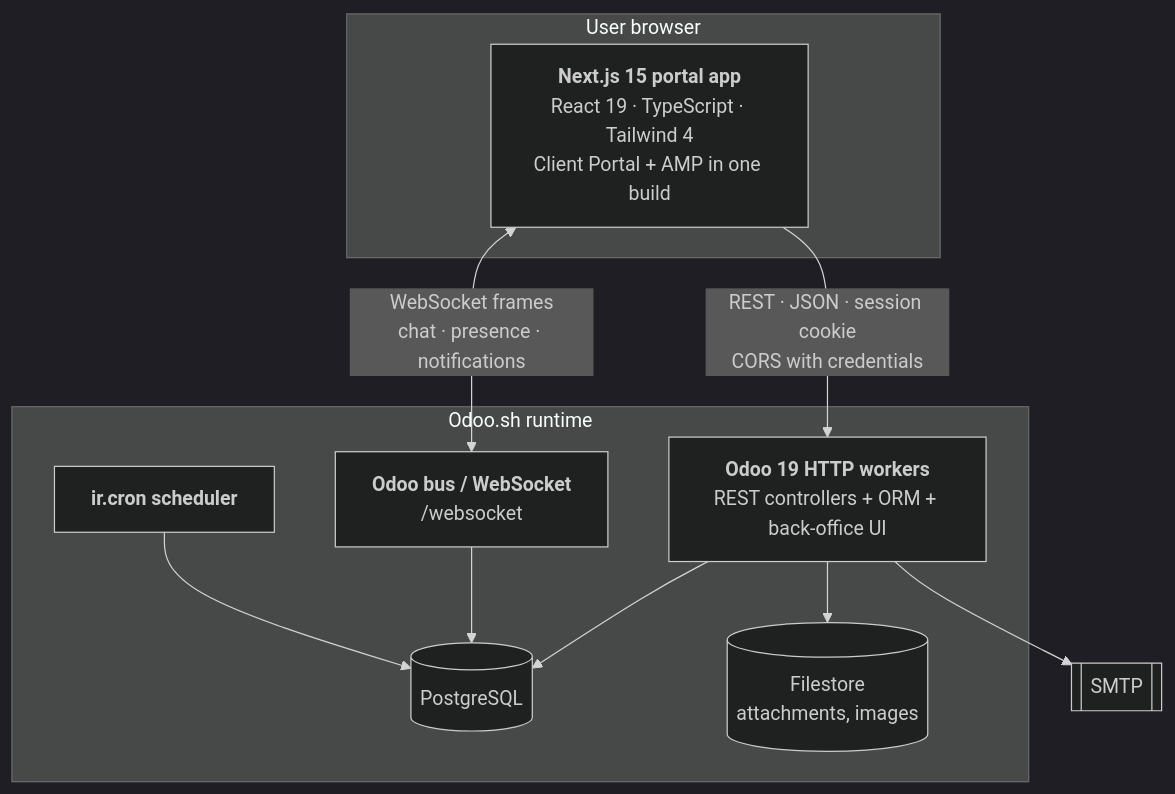
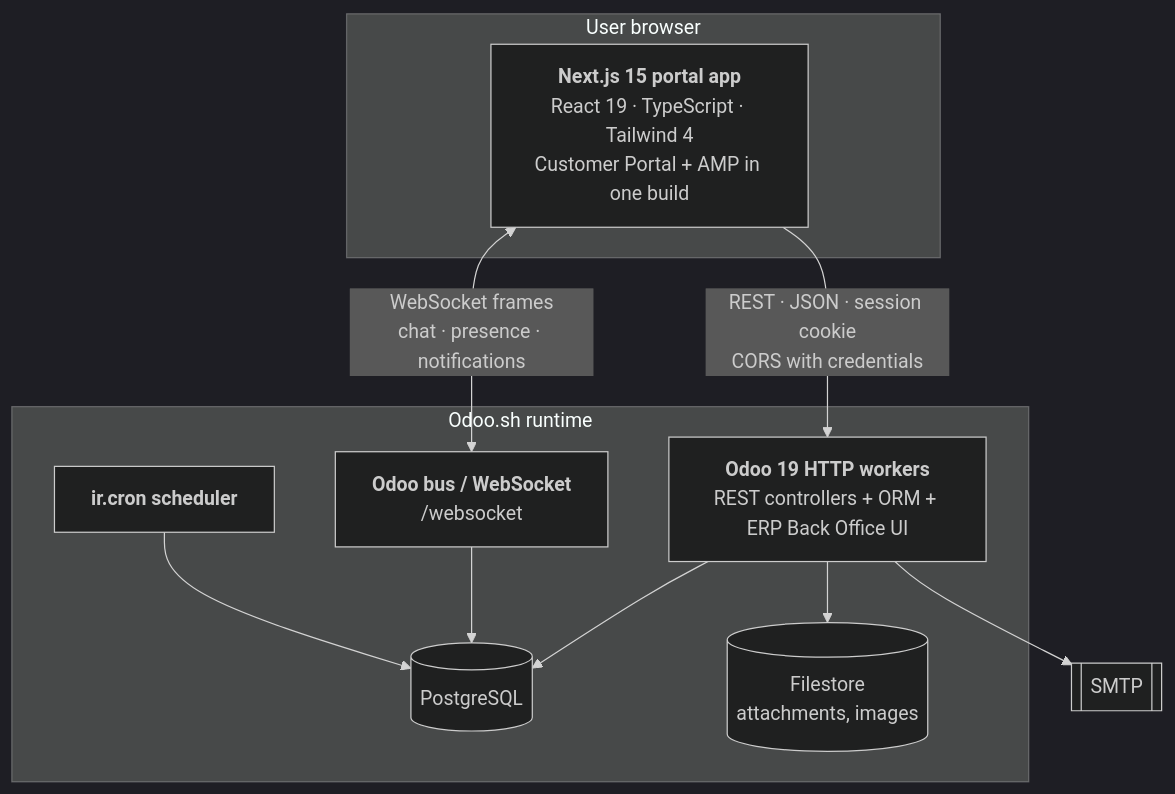
One commit to LaplaceSoftware/lp_projects_docs changed the second of 5 diagrams in docs/b2b_ecommerce_docs/_technical_docs/002-System-Architecture.md. Above: the diagram before and after it, drawn with Mermaid (dark theme). The commit also changed other lines of this file and 48 other files, not shown here.

````diff
--- a/docs/b2b_ecommerce_docs/_technical_docs/002-System-Architecture.md
+++ b/docs/b2b_ecommerce_docs/_technical_docs/002-System-Architecture.md
@@ -35,22 +35,22 @@
 ```mermaid
 flowchart TB
     subgraph Browser["User browser"]
-        NEXT["<b>Next.js 15 portal app</b><br/>React 19 · TypeScript · Tailwind 4<br/>Client Portal + AMP in one build"]
+        NEXT["<b>Next.js 15 portal app</b><br/>React 19 · TypeScript · Tailwind 4<br/>Customer Portal + AMP in one build"]
     end
 
     subgraph OdooSh["Odoo.sh runtime"]
-        WEB["<b>Odoo 19 HTTP workers</b><br/>REST controllers + ORM + back-office UI"]
+        WEB["<b>Odoo 19 HTTP workers</b><br/>REST controllers + ORM + ERP Back Office UI"]
         BUS["<b>Odoo bus / WebSocket</b><br/>/websocket"]
         CRON["<b>ir.cron scheduler</b>"]
         DB[("PostgreSQL")]
         FS[("Filestore<br/>attachments, images")]
     end
 
     NEXT -->|"REST · JSON · session cookie<br/>CORS with credentials"| WEB
     NEXT <-->|"WebSocket frames<br/>chat · presence · notifications"| BUS
     WEB --> DB
     WEB --> FS
     BUS --> DB
     CRON --> DB
     WEB --> SMTP[["SMTP"]]
 ```
````
